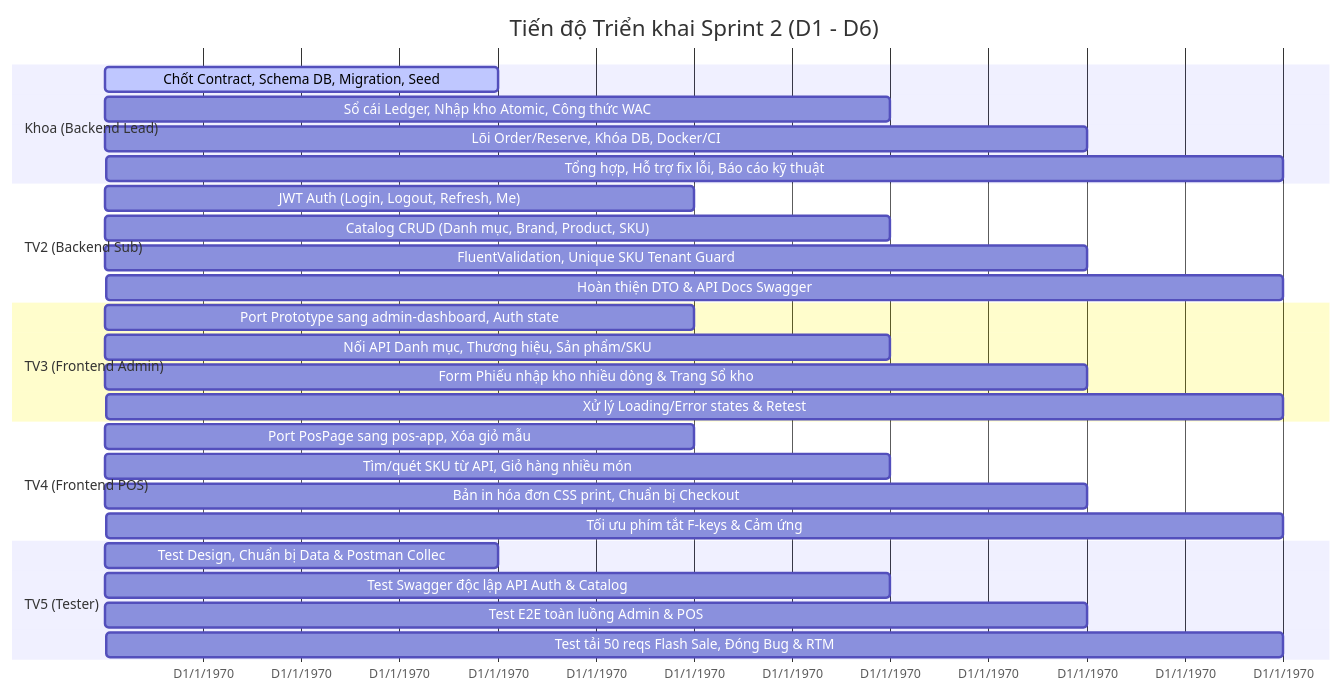
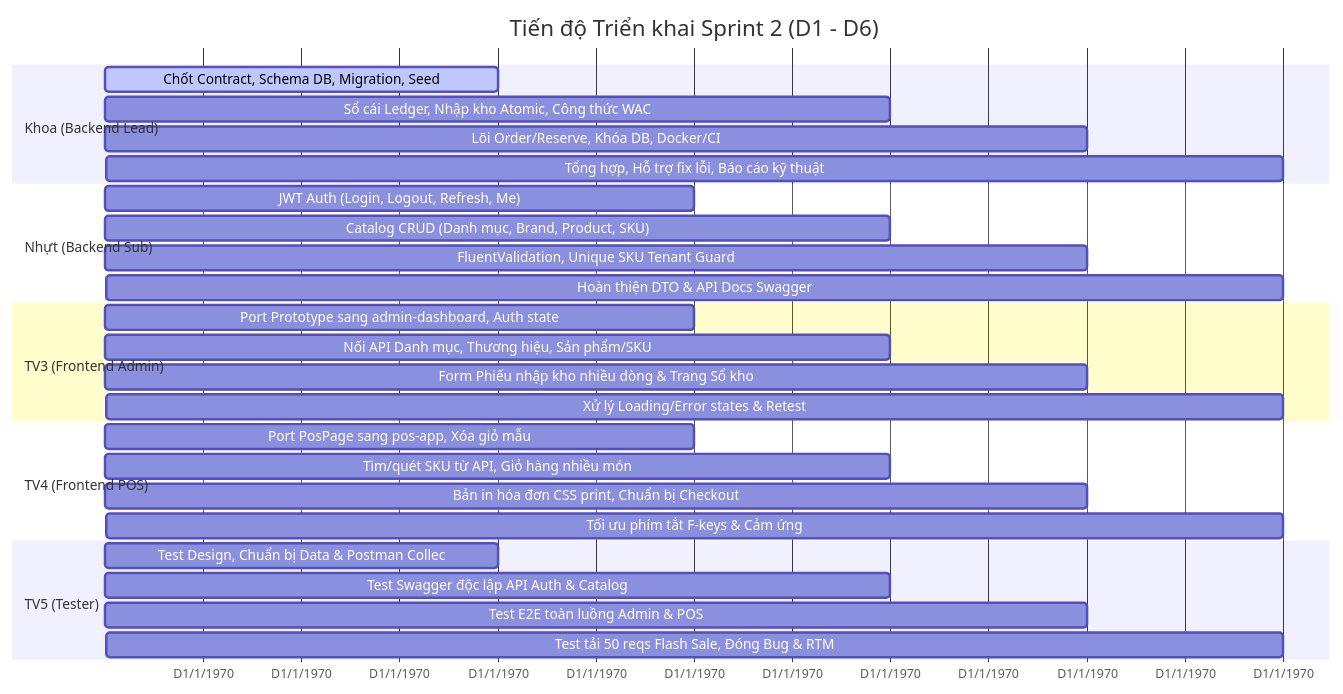
Before and after one commit to khoalvd839764-netizen/OISMS: the diagram in docs/08-sprints/sprint-2/SPRINT_2_COMPREHENSIVE_GUIDE.md, drawn with Mermaid. The commit also changed other lines of this file and 32 other files, not shown here.

````diff
--- a/docs/08-sprints/sprint-2/SPRINT_2_COMPREHENSIVE_GUIDE.md
+++ b/docs/08-sprints/sprint-2/SPRINT_2_COMPREHENSIVE_GUIDE.md
@@ -39,36 +39,36 @@
 ```mermaid
 gantt
     title Tiến độ Triển khai Sprint 2 (D1 - D6)
     dateFormat  X
     axisFormat D%x
     
     section Khoa (Backend Lead)
     Chốt Contract, Schema DB, Migration, Seed        :active, 1, 2
     Sổ cái Ledger, Nhập kho Atomic, Công thức WAC    :2, 4
     Lõi Order/Reserve, Khóa DB, Docker/CI            :4, 5
     Tổng hợp, Hỗ trợ fix lỗi, Báo cáo kỹ thuật       :5, 6
 
-    section TV2 (Backend Sub)
+    section Nhựt (Backend Sub)
     JWT Auth (Login, Logout, Refresh, Me)            :1, 3
     Catalog CRUD (Danh mục, Brand, Product, SKU)     :2, 4
     FluentValidation, Unique SKU Tenant Guard        :4, 5
     Hoàn thiện DTO & API Docs Swagger               :5, 6
 
     section TV3 (Frontend Admin)
     Port Prototype sang admin-dashboard, Auth state   :1, 3
     Nối API Danh mục, Thương hiệu, Sản phẩm/SKU       :3, 4
     Form Phiếu nhập kho nhiều dòng & Trang Sổ kho    :4, 5
     Xử lý Loading/Error states & Retest              :5, 6
 
     section TV4 (Frontend POS)
     Port PosPage sang pos-app, Xóa giỏ mẫu           :1, 3
     Tìm/quét SKU từ API, Giỏ hàng nhiều món          :3, 4
     Bản in hóa đơn CSS print, Chuẩn bị Checkout      :4, 5
     Tối ưu phím tắt F-keys & Cảm ứng                 :5, 6
 
     section TV5 (Tester)
     Test Design, Chuẩn bị Data & Postman Collec      :1, 2
     Test Swagger độc lập API Auth & Catalog          :2, 4
     Test E2E toàn luồng Admin & POS                  :4, 5
     Test tải 50 reqs Flash Sale, Đóng Bug & RTM      :5, 6
 ```
````
